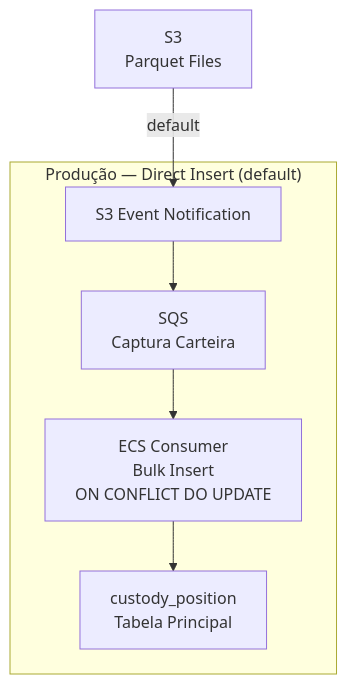
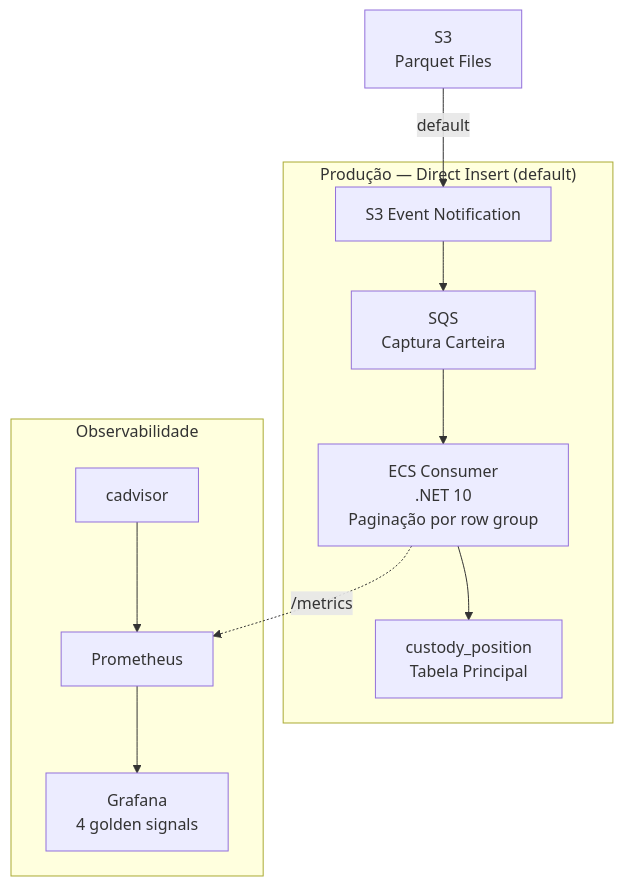
One commit to ortizgui/poc-parquet-staging-postgresql changed the diagram in README.md. Above: the diagram before and after it, drawn with Mermaid. The commit also changed other lines of this file and 40 other files, not shown here.

First line of the commit message:
feat(worker): paginação por row group com limite de memória no pod + 4 golden signals (#12)

````diff
--- a/README.md
+++ b/README.md
@@ -7,12 +20,18 @@
 ```mermaid
 flowchart TD
     S3_BUCKET[S3<br/>Parquet Files]
-    
+
     subgraph DIRECT ["Produção — Direct Insert (default)"]
         S3_EVENT[S3 Event Notification] --> SQS_DIRECT[SQS<br/>Captura Carteira]
-        SQS_DIRECT --> ECS_CONSUMER[ECS Consumer<br/>Bulk Insert<br/>ON CONFLICT DO UPDATE]
+        SQS_DIRECT --> ECS_CONSUMER[ECS Consumer<br/>.NET 10<br/>Paginação por row group]
         ECS_CONSUMER --> PRINCIPAL_DIRECT[custody_position<br/>Tabela Principal]
     end
 
     S3_BUCKET -->|default| S3_EVENT
+
+    subgraph OBS ["Observabilidade"]
+        PROM[Prometheus] --> GRAF[Grafana<br/>4 golden signals]
+        CAD[cadvisor] --> PROM
+        ECS_CONSUMER -.->|/metrics| PROM
+    end
 ```
````
